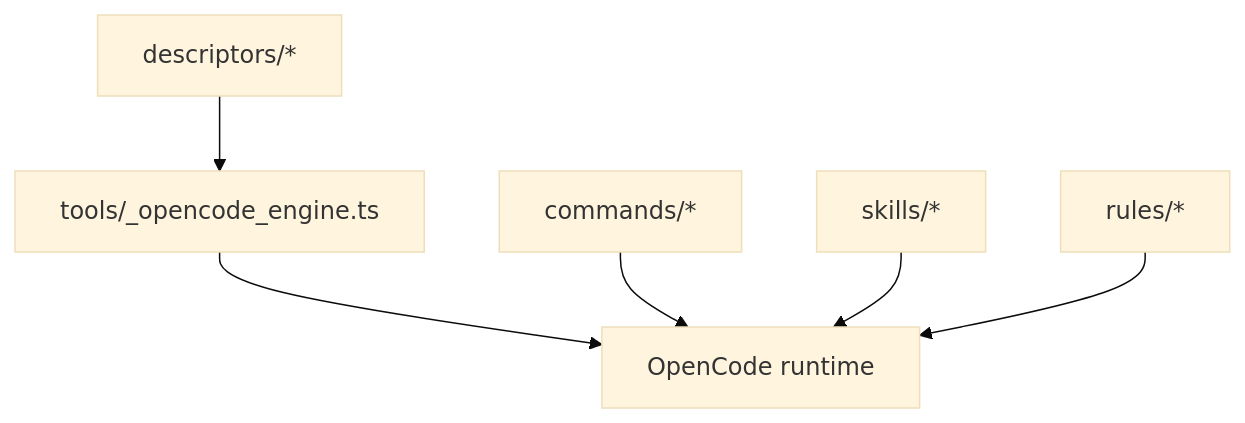
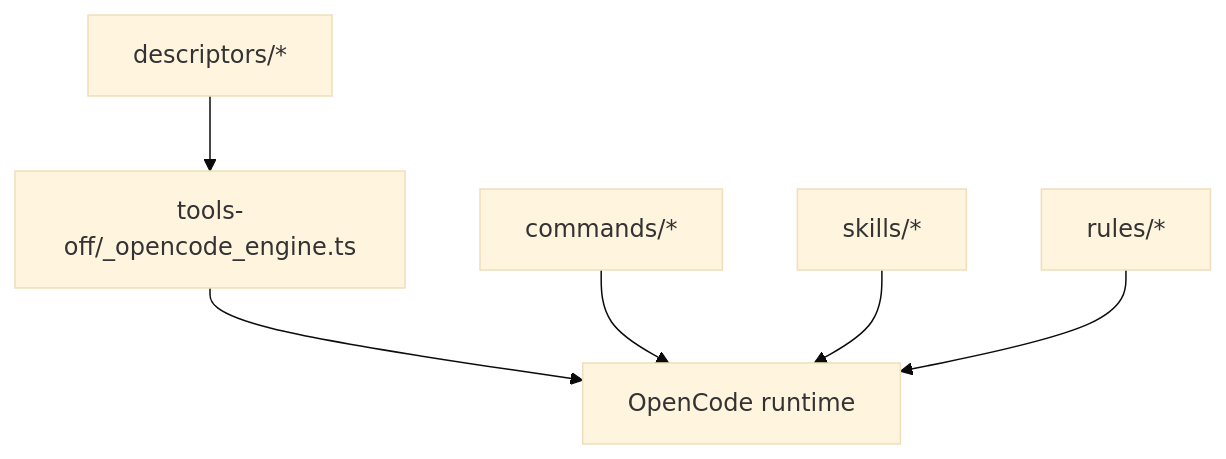
One commit to palaeologic/opencode-conductor changed the diagram in docusaurus/architecture/02-components.md. Above: the diagram before and after it, drawn with Mermaid (base theme). The commit also changed other lines of this file and 6 other files, not shown here.

First line of the commit message:
fix: tools-off/ in all docs, KNOWLEDGE.md for leaves in knowledge index

````diff
--- a/docusaurus/architecture/02-components.md
+++ b/docusaurus/architecture/02-components.md
@@ -14,15 +14,15 @@
 ```mermaid
 flowchart TD
-  E[tools/_opencode_engine.ts]
+  E[tools-off/_opencode_engine.ts]
   D[descriptors/*]
   C[commands/*]
   S[skills/*]
   R[rules/*]
   O[OpenCode runtime]
 
   D --> E
   E --> O
   C --> O
   S --> O
   R --> O
 ```
````
